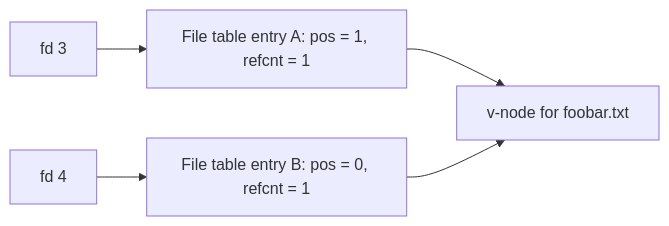
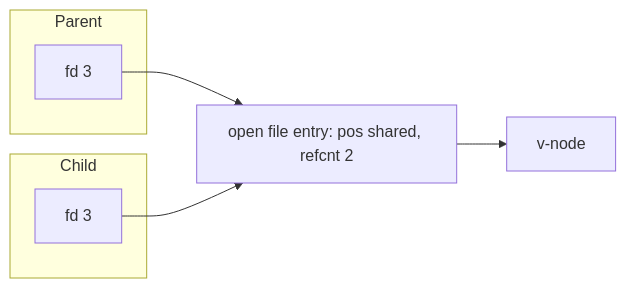
Before and after one commit to alvinnew100/grand-line-study-guide: the second of 4 diagrams in src/csapp/lessons/28-file-sharing.md, drawn with Mermaid. The commit also changed other lines of this file and 47 other files, not shown here.

````diff
--- a/src/csapp/lessons/28-file-sharing.md
+++ b/src/csapp/lessons/28-file-sharing.md
@@ -39,5 +117,12 @@
 ```mermaid
-graph LR
-  fd3[fd 3] --> A["File table entry A: pos = 1, refcnt = 1"] --> V["v-node for foobar.txt"]
-  fd4[fd 4] --> B["File table entry B: pos = 0, refcnt = 1"] --> V
+flowchart LR
+    subgraph Parent
+      p3[fd 3]
+    end
+    subgraph Child
+      c3[fd 3]
+    end
+    E[open file entry: pos shared, refcnt 2] --> V[v-node]
+    p3 --> E
+    c3 --> E
 ```
````
